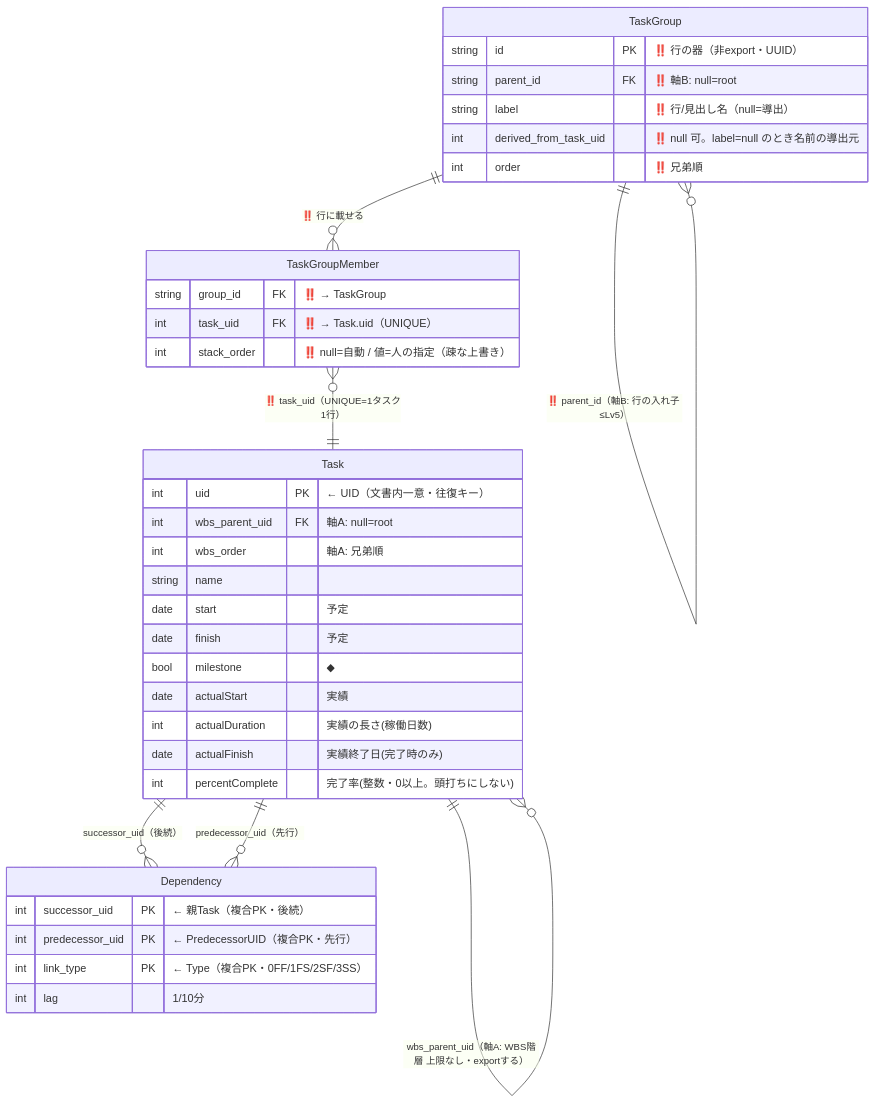
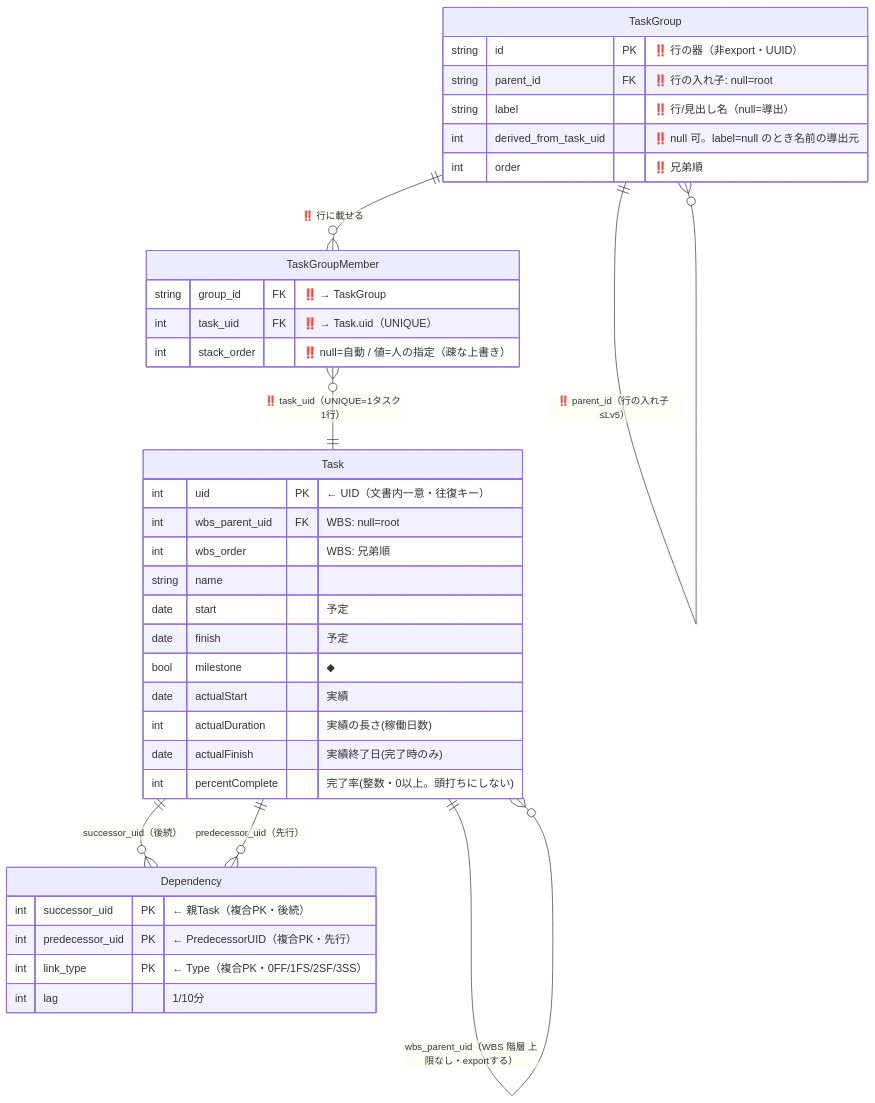
The first of 2 diagrams in handover/02-data-model/grs-native-erd-ja.md (GoodRelax/gr-scheduler), drawn with Mermaid before and after one commit. The commit also changed other lines of this file and 11 other files, not shown here.

````diff
--- a/handover/02-data-model/grs-native-erd-ja.md
+++ b/handover/02-data-model/grs-native-erd-ja.md
@@ -151,41 +151,41 @@
 ```mermaid
 erDiagram
-    Task ||--o{ Task : "wbs_parent_uid（軸A: WBS階層 上限なし・exportする）"
-    TaskGroup ||--o{ TaskGroup : "‼️ parent_id（軸B: 行の入れ子 ≤Lv5）"
+    Task ||--o{ Task : "wbs_parent_uid（WBS 階層 上限なし・exportする）"
+    TaskGroup ||--o{ TaskGroup : "‼️ parent_id（行の入れ子 ≤Lv5）"
     TaskGroup ||--o{ TaskGroupMember : "‼️ 行に載せる"
     TaskGroupMember }o--|| Task : "‼️ task_uid（UNIQUE=1タスク1行）"
     Task ||--o{ Dependency : "successor_uid（後続）"
     Task ||--o{ Dependency : "predecessor_uid（先行）"
 
     Task {
         int uid PK "← UID（文書内一意・往復キー）"
-        int wbs_parent_uid FK "軸A: null=root"
-        int wbs_order "軸A: 兄弟順"
+        int wbs_parent_uid FK "WBS: null=root"
+        int wbs_order "WBS: 兄弟順"
         string name
         date start "予定"
         date finish "予定"
         bool milestone "◆"
         date actualStart "実績"
         int actualDuration "実績の長さ(稼働日数)"
         date actualFinish "実績終了日(完了時のみ)"
         int percentComplete "完了率(整数・0以上。頭打ちにしない)"
     }
     TaskGroup {
         string id PK "‼️ 行の器（非export・UUID）"
-        string parent_id FK "‼️ 軸B: null=root"
+        string parent_id FK "‼️ 行の入れ子: null=root"
         string label "‼️ 行/見出し名（null=導出）"
         int derived_from_task_uid "‼️ null 可。label=null のとき名前の導出元"
         int order "‼️ 兄弟順"
     }
     TaskGroupMember {
         string group_id FK "‼️ → TaskGroup"
         int task_uid FK "‼️ → Task.uid（UNIQUE）"
         int stack_order "‼️ null=自動 / 値=人の指定（疎な上書き）"
     }
     Dependency {
         int successor_uid PK "← 親Task（複合PK・後続）"
         int predecessor_uid PK "← PredecessorUID（複合PK・先行）"
         int link_type PK "← Type（複合PK・0FF/1FS/2SF/3SS）"
         int lag "1/10分"
     }
 ```
````
